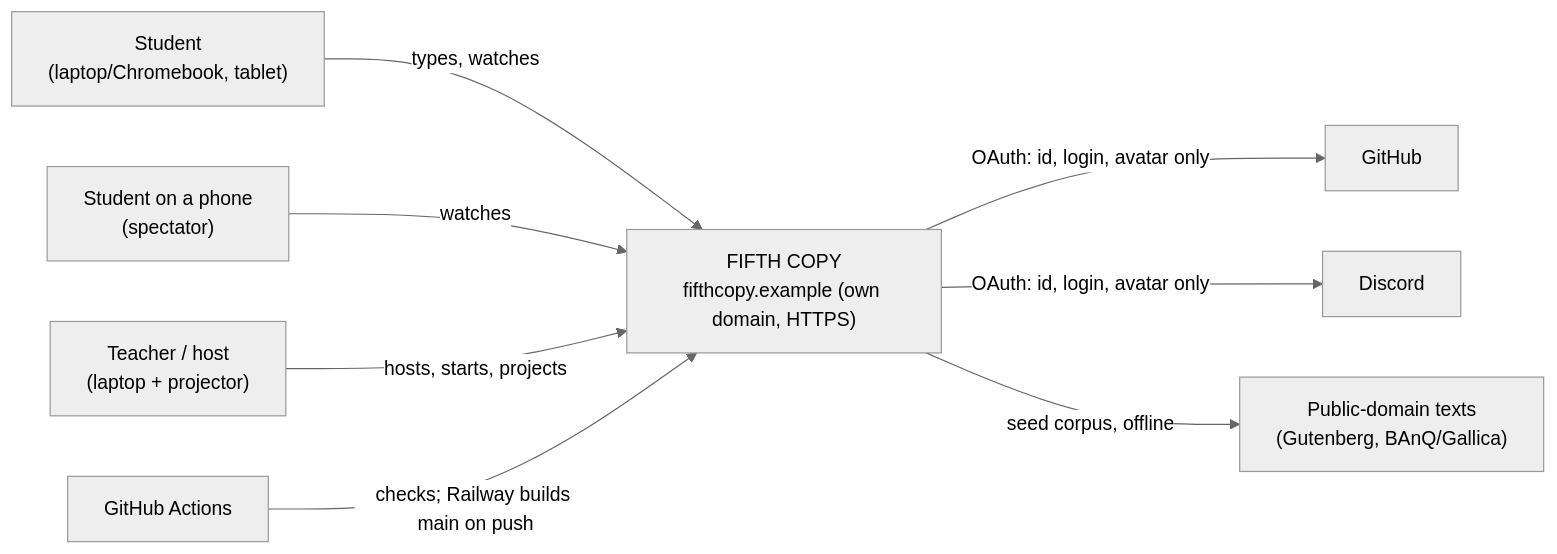
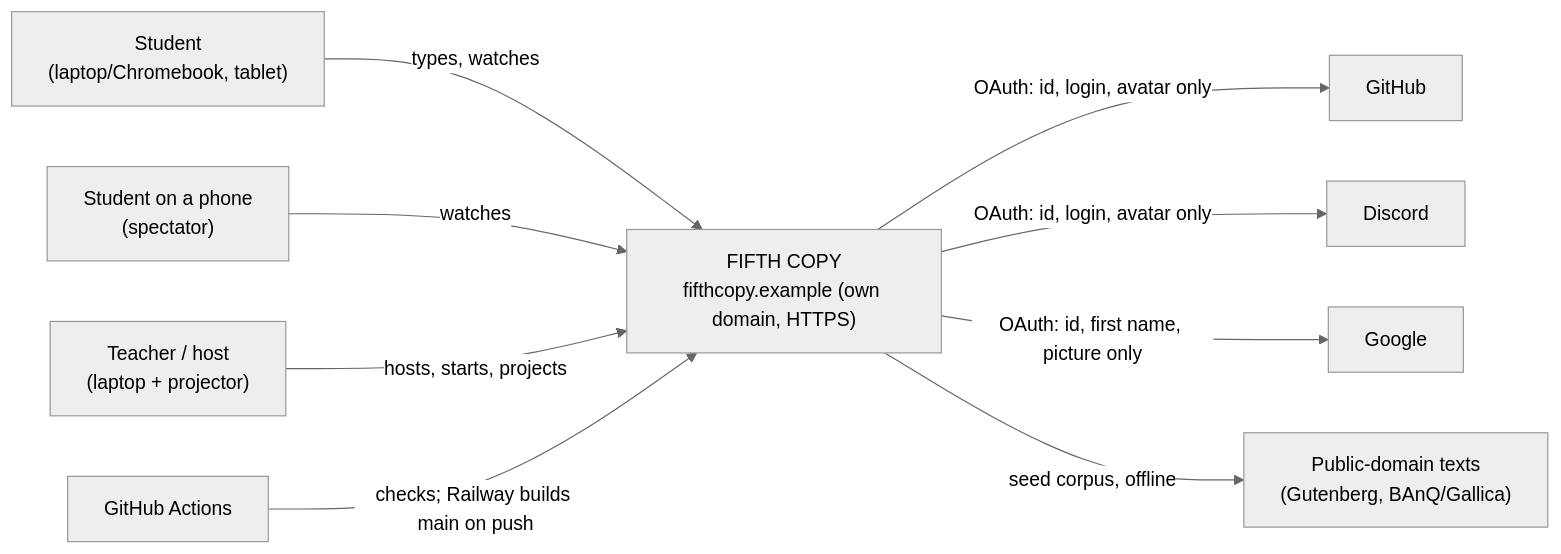
Before and after one commit to jimmy-razafindretsa/fifth-copy: the first of 6 diagrams in docs/architecture/ARCHITECTURE.md, drawn with Mermaid (neutral theme). The commit also changed other lines of this file, not shown here.

First line of the commit message:
[#850] ARCHITECTURE lists Google sign-in next to GitHub and Discord

````diff
--- a/docs/architecture/ARCHITECTURE.md
+++ b/docs/architecture/ARCHITECTURE.md
@@ -114,11 +114,12 @@
 ```mermaid
 flowchart LR
   student["Student<br/>(laptop/Chromebook, tablet)"] -->|types, watches| FC
   phone["Student on a phone<br/>(spectator)"] -->|watches| FC
   teacher["Teacher / host<br/>(laptop + projector)"] -->|hosts, starts, projects| FC
   FC["FIFTH COPY<br/>fifthcopy.example (own domain, HTTPS)"]
   FC -->|OAuth: id, login, avatar only| gh["GitHub"]
   FC -->|OAuth: id, login, avatar only| dc["Discord"]
+  FC -->|OAuth: id, first name, picture only| gg["Google"]
   FC -->|seed corpus, offline| pd["Public-domain texts<br/>(Gutenberg, BAnQ/Gallica)"]
   ci["GitHub Actions"] -->|checks; Railway builds main on push| FC
 ```
````
